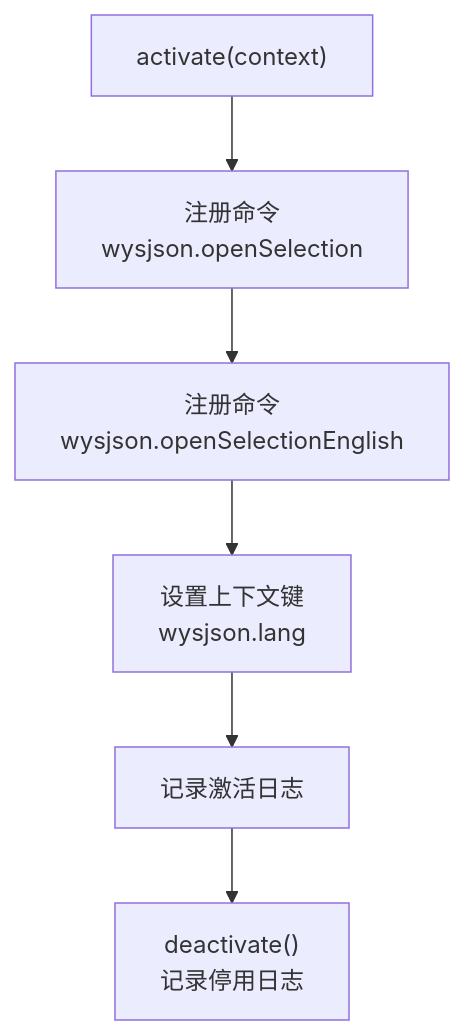
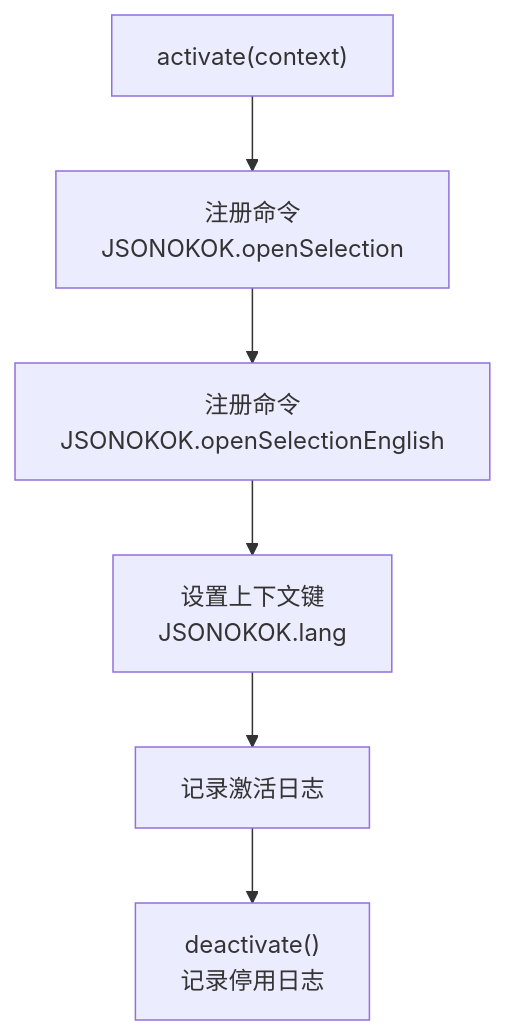
One commit to meiok1/wysjson changed the third of 7 diagrams in .qoder/repowiki/zh/content/API 参考文档/扩展生命周期钩子.md. Above: the diagram before and after it, drawn with Mermaid. The commit also changed other lines of this file and 390 other files, not shown here.

````diff
--- a/.qoder/repowiki/zh/content/API 参考文档/扩展生命周期钩子.md
+++ b/.qoder/repowiki/zh/content/API 参考文档/扩展生命周期钩子.md
@@ -165,8 +165,8 @@
 ```mermaid
 flowchart TD
-A["activate(context)"] --> B["注册命令<br/>wysjson.openSelection"]
-B --> C["注册命令<br/>wysjson.openSelectionEnglish"]
-C --> D["设置上下文键<br/>wysjson.lang"]
+A["activate(context)"] --> B["注册命令<br/>JSONOKOK.openSelection"]
+B --> C["注册命令<br/>JSONOKOK.openSelectionEnglish"]
+C --> D["设置上下文键<br/>JSONOKOK.lang"]
 D --> E["记录激活日志"]
 E --> F["deactivate()<br/>记录停用日志"]
 ```
````
